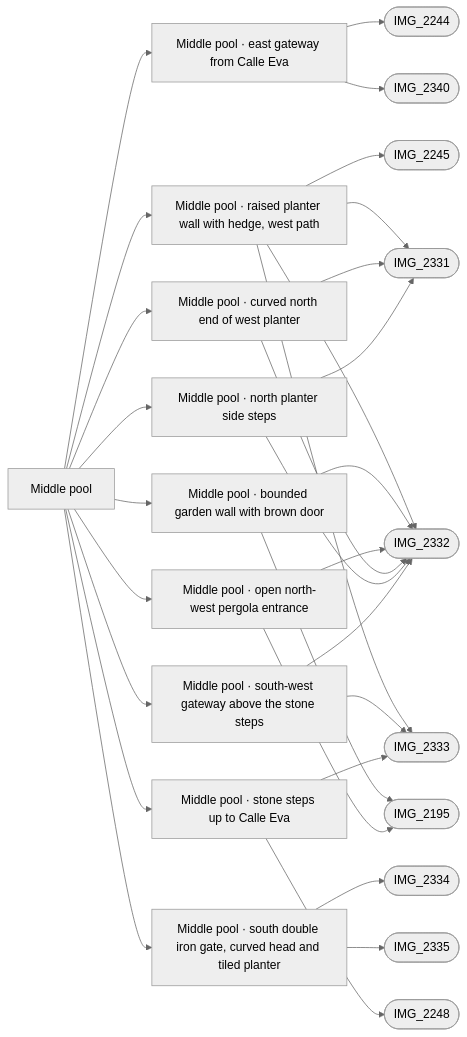
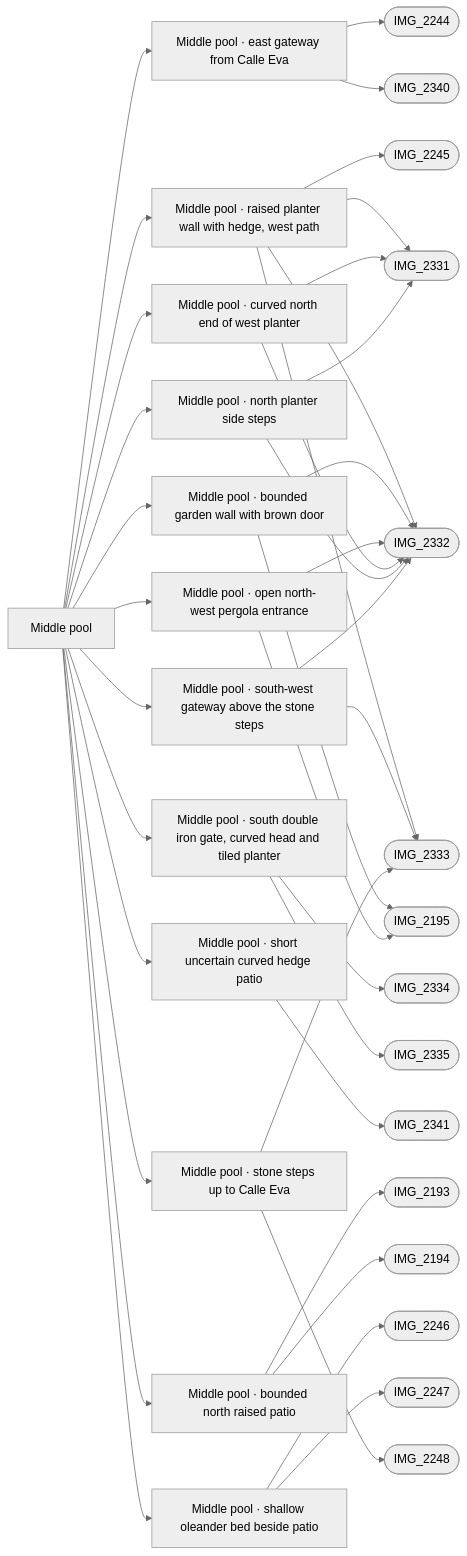
One commit to daveyboyc/villacana-venture changed the diagram in refs/areas/middle-pool.md. Above: the diagram before and after it, drawn with Mermaid (neutral theme). The commit also changed other lines of this file and 25 other files, not shown here.

Commit message:
Build bounded middle-pool raised patios and planted bed (#55)

````diff
--- a/refs/areas/middle-pool.md
+++ b/refs/areas/middle-pool.md
@@ -54,33 +47,41 @@
 ```mermaid
 graph LR
   A["Middle pool"]
   A --> F0["Middle pool · east gateway from Calle Eva"]
   F0 --> PIMG_2244_jpg(["IMG_2244"])
   F0 --> PIMG_2340_jpg(["IMG_2340"])
   A --> F1["Middle pool · raised planter wall with hedge, west path"]
   F1 --> PIMG_2245_jpg(["IMG_2245"])
   F1 --> PIMG_2331_jpg(["IMG_2331"])
   F1 --> PIMG_2332_jpg(["IMG_2332"])
   F1 --> PIMG_2333_jpg(["IMG_2333"])
   A --> F2["Middle pool · bounded garden wall with brown door"]
   F2 --> PIMG_2195_jpg(["IMG_2195"])
   F2 --> PIMG_2332_jpg(["IMG_2332"])
   A --> F3["Middle pool · open north-west pergola entrance"]
   F3 --> PIMG_2195_jpg(["IMG_2195"])
   F3 --> PIMG_2332_jpg(["IMG_2332"])
   A --> F4["Middle pool · curved north end of west planter"]
   F4 --> PIMG_2331_jpg(["IMG_2331"])
   F4 --> PIMG_2332_jpg(["IMG_2332"])
   A --> F5["Middle pool · north planter side steps"]
   F5 --> PIMG_2331_jpg(["IMG_2331"])
   F5 --> PIMG_2332_jpg(["IMG_2332"])
   A --> F6["Middle pool · south double iron gate, curved head and tiled planter"]
   F6 --> PIMG_2334_jpg(["IMG_2334"])
   F6 --> PIMG_2335_jpg(["IMG_2335"])
   A --> F7["Middle pool · south-west gateway above the stone steps"]
   F7 --> PIMG_2332_jpg(["IMG_2332"])
   F7 --> PIMG_2333_jpg(["IMG_2333"])
-  A --> F8["Middle pool · stone steps up to Calle Eva"]
-  F8 --> PIMG_2248_jpg(["IMG_2248"])
-  F8 --> PIMG_2333_jpg(["IMG_2333"])
+  A --> F8["Middle pool · short uncertain curved hedge patio"]
+  F8 --> PIMG_2341_jpg(["IMG_2341"])
+  A --> F9["Middle pool · bounded north raised patio"]
+  F9 --> PIMG_2193_jpg(["IMG_2193"])
+  F9 --> PIMG_2194_jpg(["IMG_2194"])
+  A --> F10["Middle pool · shallow oleander bed beside patio"]
+  F10 --> PIMG_2246_jpg(["IMG_2246"])
+  F10 --> PIMG_2247_jpg(["IMG_2247"])
+  A --> F11["Middle pool · stone steps up to Calle Eva"]
+  F11 --> PIMG_2248_jpg(["IMG_2248"])
+  F11 --> PIMG_2333_jpg(["IMG_2333"])
 ```
````
